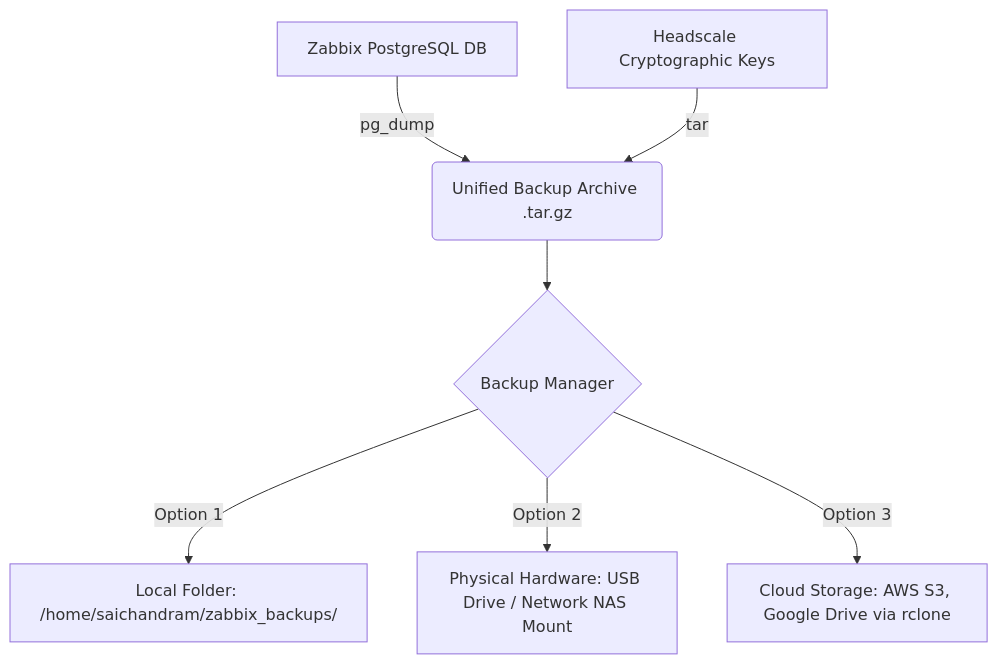
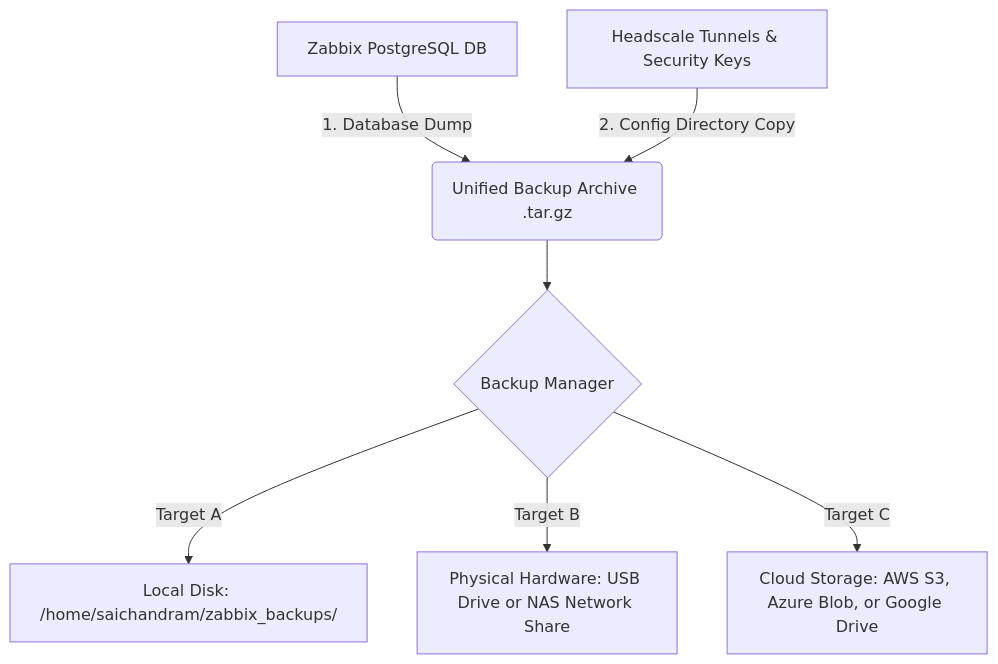
One commit to saichandram-sadhu/Zabbix changed the diagram in BACKUP_GUIDE.md. Above: the diagram before and after it, drawn with Mermaid. The commit also changed other lines of this file, not shown here.

Commit message:
Update BACKUP_GUIDE.md to provide a comprehensive, step-by-step backup and restore guide from scratch

````diff
--- a/BACKUP_GUIDE.md
+++ b/BACKUP_GUIDE.md
@@ -13,11 +11,11 @@
 ```mermaid
 graph TD
-    A[Zabbix PostgreSQL DB] -->|pg_dump| C(Unified Backup Archive .tar.gz)
-    B[Headscale Cryptographic Keys] -->|tar| C
+    A[Zabbix PostgreSQL DB] -->|1. Database Dump| C(Unified Backup Archive .tar.gz)
+    B[Headscale Tunnels & Security Keys] -->|2. Config Directory Copy| C
     
     C --> D{Backup Manager}
     
-    D -->|Option 1| E[Local Folder: /home/saichandram/zabbix_backups/]
-    D -->|Option 2| F[Physical Hardware: USB Drive / Network NAS Mount]
-    D -->|Option 3| G[Cloud Storage: AWS S3, Google Drive via rclone]
+    D -->|Target A| E[Local Disk: /home/saichandram/zabbix_backups/]
+    D -->|Target B| F[Physical Hardware: USB Drive or NAS Network Share]
+    D -->|Target C| G[Cloud Storage: AWS S3, Azure Blob, or Google Drive]
 ```
````
